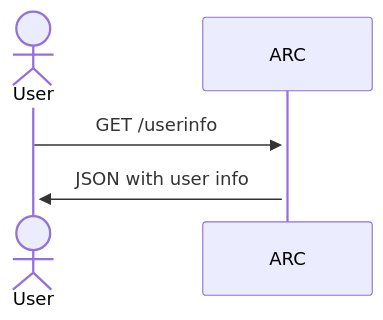
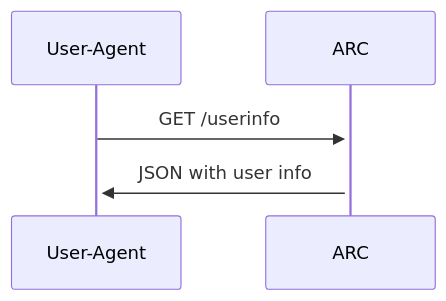
One commit to pagopa/p4pa-doc changed the diagram in design/arc/oneidentity-integration/sequence_diagram_userinfo.mmd. Above: the diagram before and after it, drawn with Mermaid. The commit also changed 5 other files, not shown here.

Commit message:
P4PU-171 updated sequence with user agent as partecipant not actor

```diff
--- a/design/arc/oneidentity-integration/sequence_diagram_userinfo.mmd
+++ b/design/arc/oneidentity-integration/sequence_diagram_userinfo.mmd
@@ -1,7 +1,7 @@
 sequenceDiagram
 
-    actor User
+    participant User-Agent
     participant ARC
 
-    User ->>+ ARC: GET /userinfo
-    ARC ->>+ User: JSON with user info
+    User-Agent ->>+ ARC: GET /userinfo
+    ARC ->>+ User-Agent: JSON with user info
```
